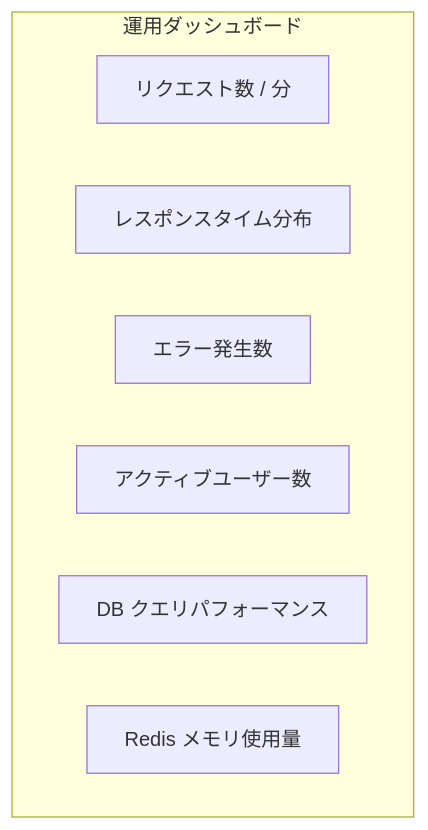
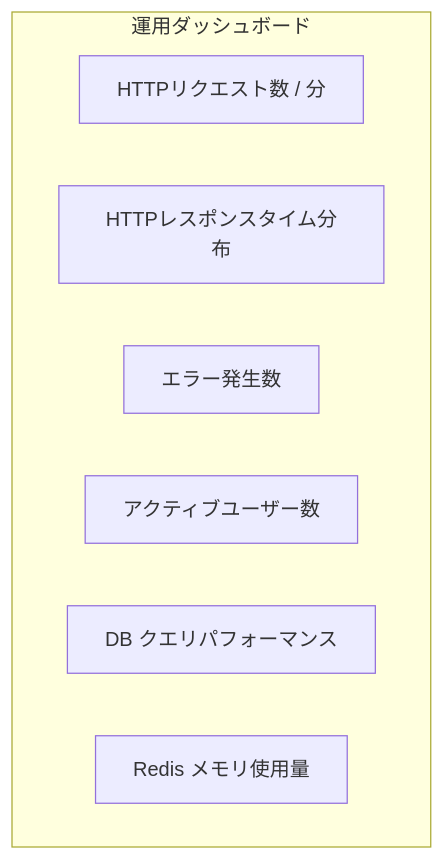
One commit to miyazakisora111/time-attendance changed the third of 3 diagrams in docs/dev/monitoring-alerting.md. Above: the diagram before and after it, drawn with Mermaid. The commit also changed other lines of this file and 88 other files, not shown here.

````diff
--- a/docs/dev/monitoring-alerting.md
+++ b/docs/dev/monitoring-alerting.md
@@ -146,11 +146,11 @@
 ```mermaid
 graph TD
     subgraph "運用ダッシュボード"
-        Panel1["リクエスト数 / 分"]
-        Panel2["レスポンスタイム分布"]
+        Panel1["HTTPリクエスト数 / 分"]
+        Panel2["HTTPレスポンスタイム分布"]
         Panel3["エラー発生数"]
         Panel4["アクティブユーザー数"]
         Panel5["DB クエリパフォーマンス"]
         Panel6["Redis メモリ使用量"]
     end
 ```
````
